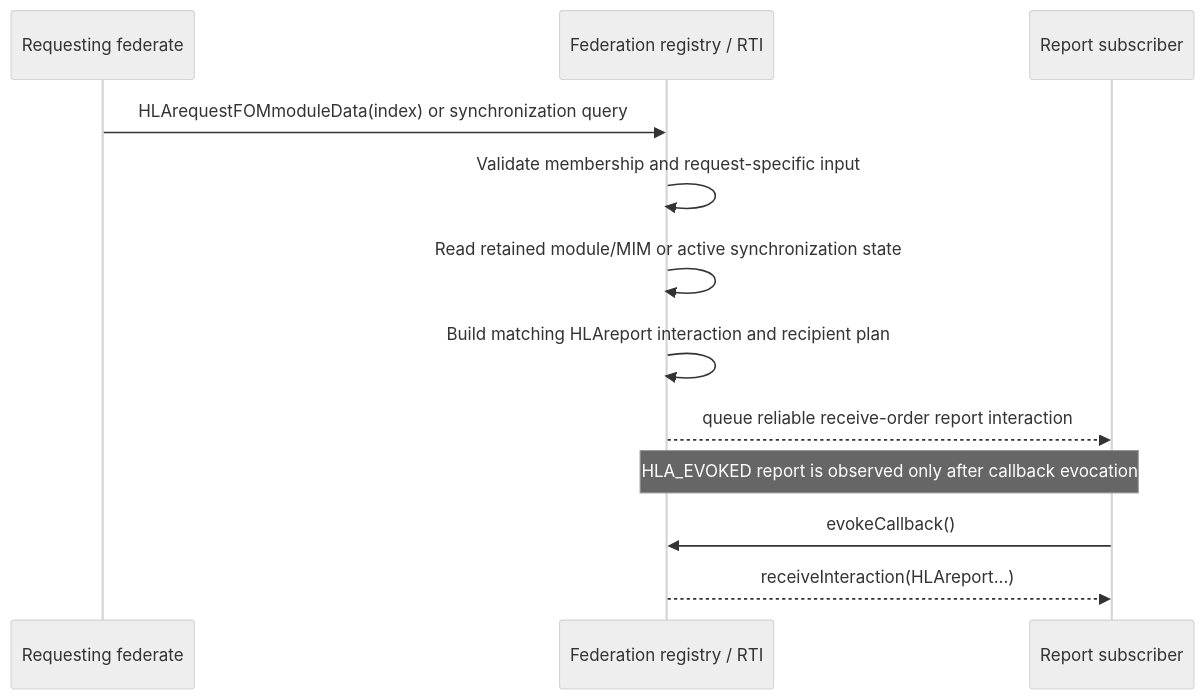
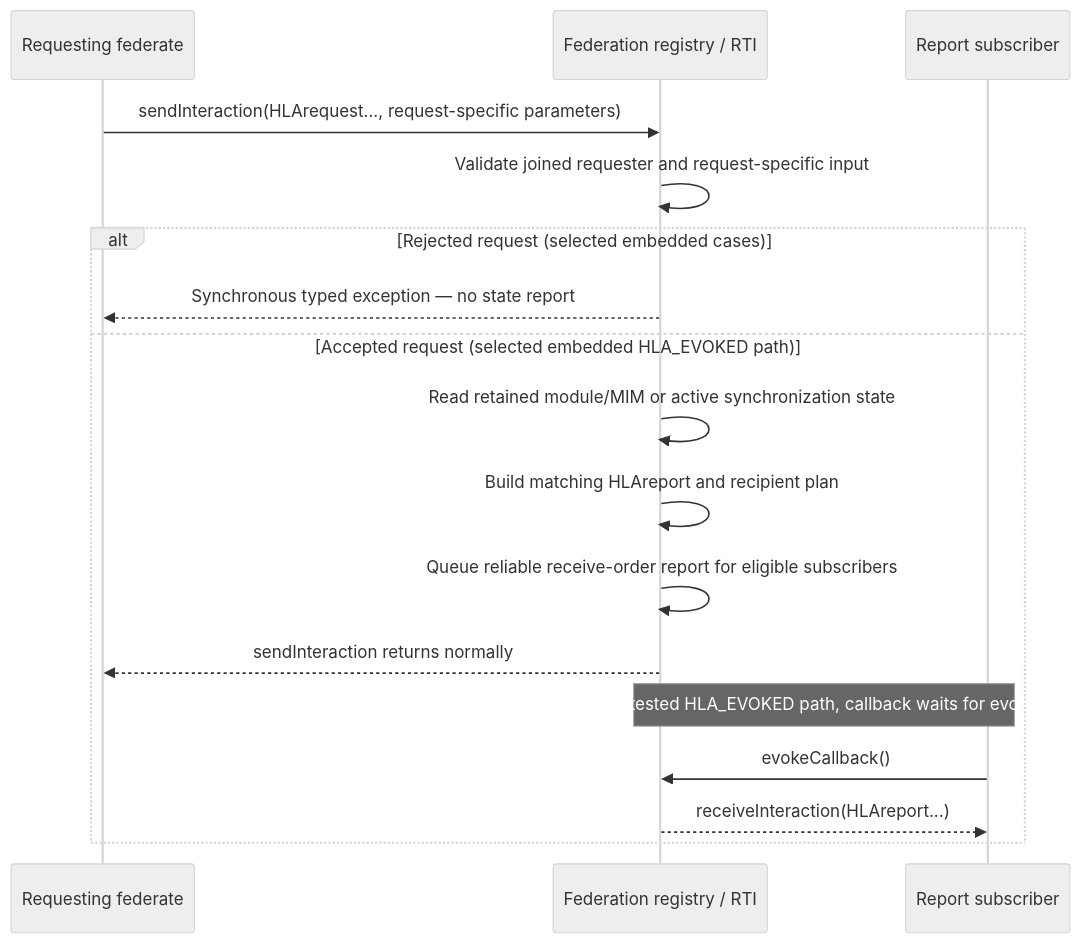
Diagram 13 of 13 in docs/design/HLA-2025-FEDERATION-MOM-FLOW-GUIDE.md (sheepfling/umbra), drawn with Mermaid (neutral theme) before and after one commit. The commit also changed other lines of this file and 822 other files, not shown here.

````diff
--- a/docs/design/HLA-2025-FEDERATION-MOM-FLOW-GUIDE.md
+++ b/docs/design/HLA-2025-FEDERATION-MOM-FLOW-GUIDE.md
@@ -228,15 +699,20 @@
 ```mermaid
 sequenceDiagram
   participant Requester as Requesting federate
   participant RTI as Federation registry / RTI
   participant Observer as Report subscriber
 
-  Requester->>RTI: HLArequestFOMmoduleData(index) or synchronization query
-  RTI->>RTI: Validate membership and request-specific input
-  RTI->>RTI: Read retained module/MIM or active synchronization state
-  RTI->>RTI: Build matching HLAreport interaction and recipient plan
-  RTI-->>Observer: queue reliable receive-order report interaction
-  Note over Observer,RTI: HLA_EVOKED report is observed only after callback evocation
-  Observer->>RTI: evokeCallback()
-  RTI-->>Observer: receiveInteraction(HLAreport...)
+  Requester->>RTI: sendInteraction(HLArequest..., request-specific parameters)
+  RTI->>RTI: Validate joined requester and request-specific input
+  alt Rejected request (selected embedded cases)
+    RTI-->>Requester: Synchronous typed exception — no state report
+  else Accepted request (selected embedded HLA_EVOKED path)
+    RTI->>RTI: Read retained module/MIM or active synchronization state
+    RTI->>RTI: Build matching HLAreport and recipient plan
+    RTI->>RTI: Queue reliable receive-order report for eligible subscribers
+    RTI-->>Requester: sendInteraction returns normally
+    Note over Observer,RTI: In the tested HLA_EVOKED path, callback waits for evocation
+    Observer->>RTI: evokeCallback()
+    RTI-->>Observer: receiveInteraction(HLAreport...)
+  end
 ```
````
